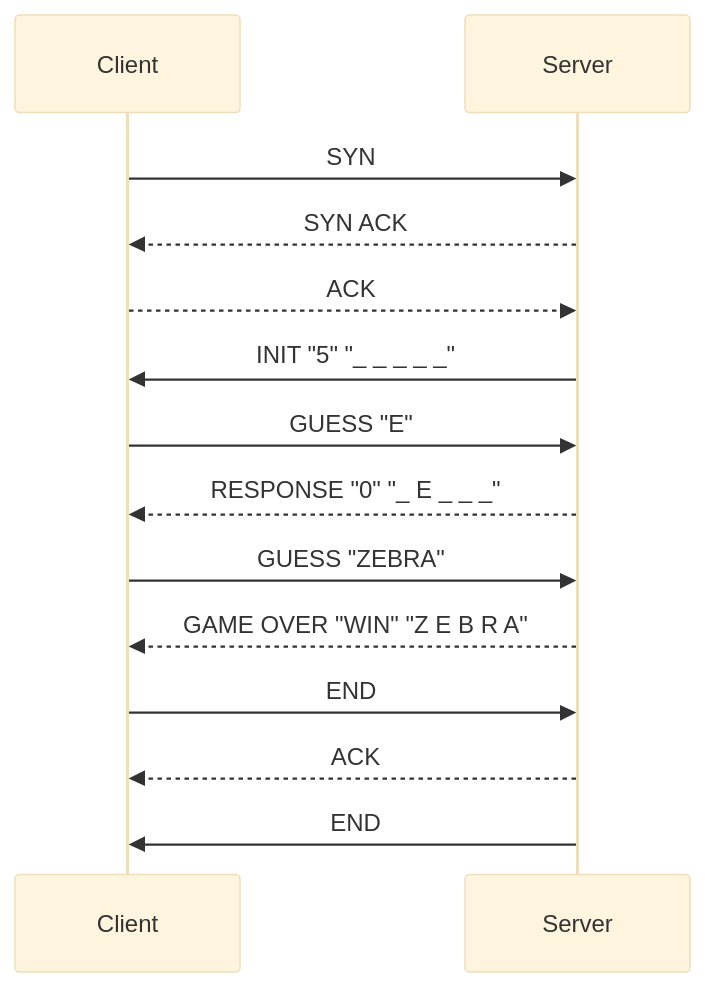
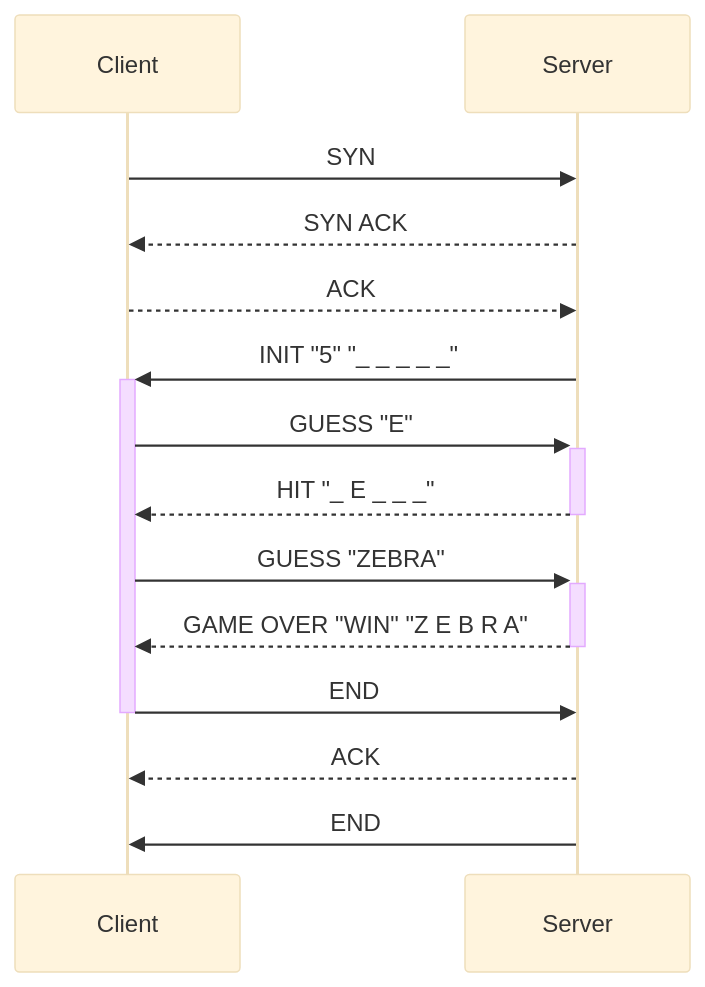
Before and after one commit to HumairRomain/DAI-2023-24-Practical-work-2-TCP-Romain-Humair-and-Lucas-Lattion: the first of 3 diagrams in README.md, drawn with Mermaid (base theme). The commit also changed other lines of this file and 3 other files, not shown here.

````diff
--- a/README.md
+++ b/README.md
@@ -69,17 +130,17 @@
 ```mermaid
 sequenceDiagram
   Client->>Server: SYN
   Server-->>Client: SYN ACK
   Client-->>Server: ACK
 
-  Server->>Client: INIT "5" "_ _ _ _ _"
-  Client->>Server: GUESS "E"
-  Server-->>Client: RESPONSE "0" "_ E _ _ _"
+  Server->>+Client: INIT "5" "_ _ _ _ _"
+  Client->>+Server: GUESS "E"
+  Server-->>-Client: HIT "_ E _ _ _"
 
-  Client->>Server: GUESS "ZEBRA"
-  Server-->>Client: GAME OVER "WIN" "Z E B R A"
+  Client->>+Server: GUESS "ZEBRA"
+  Server-->>-Client: GAME OVER "WIN" "Z E B R A"
 
-  Client->>Server: END
+  Client->>-Server: END
   Server-->>Client: ACK
   Server->>Client: END
 ```
````
